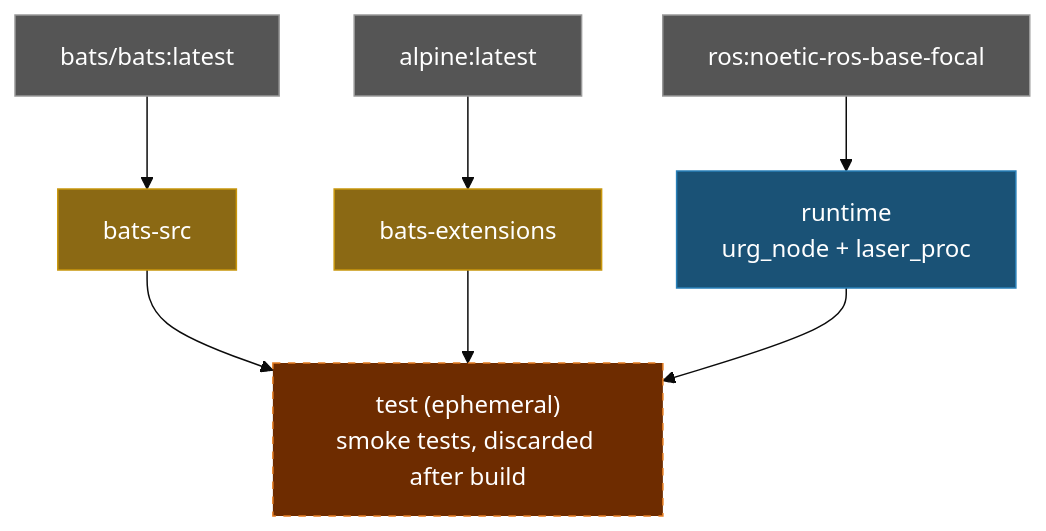
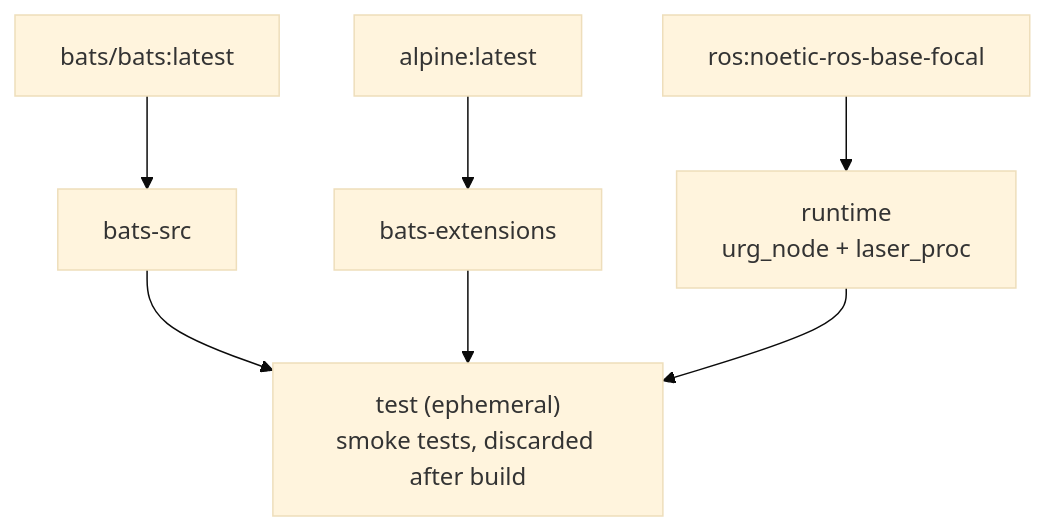
One commit to ycpss91255-docker/urg_node_noetic changed the diagram in README.md. Above: the diagram before and after it, drawn with Mermaid (base theme). The commit also changed 3 other files, not shown here.

Commit message:
docs: remove mermaid background colors from architecture diagrams (#15)

````diff
--- a/README.md
+++ b/README.md
@@ -84,20 +84,16 @@
 ```mermaid
 graph TD
-    EXT1["bats/bats:latest"]:::external
-    EXT2["alpine:latest"]:::external
-    EXT3["ros:noetic-ros-base-focal"]:::external
+    EXT1["bats/bats:latest"]
+    EXT2["alpine:latest"]
+    EXT3["ros:noetic-ros-base-focal"]
 
-    EXT1 --> bats-src["bats-src"]:::tool
-    EXT2 --> bats-ext["bats-extensions"]:::tool
+    EXT1 --> bats-src["bats-src"]
+    EXT2 --> bats-ext["bats-extensions"]
 
-    EXT3 --> runtime["runtime\nurg_node + laser_proc"]:::stage
+    EXT3 --> runtime["runtime\nurg_node + laser_proc"]
 
-    bats-src --> test["test (ephemeral)\nsmoke tests, discarded after build"]:::ephemeral
+    bats-src --> test["test (ephemeral)\nsmoke tests, discarded after build"]
     bats-ext --> test
     runtime --> test
 
-    classDef external fill:#555,color:#fff,stroke:#999
-    classDef tool fill:#8B6914,color:#fff,stroke:#c8960c
-    classDef stage fill:#1a5276,color:#fff,stroke:#2980b9
-    classDef ephemeral fill:#6e2c00,color:#fff,stroke:#e67e22,stroke-dasharray:5 5
 ```
````
